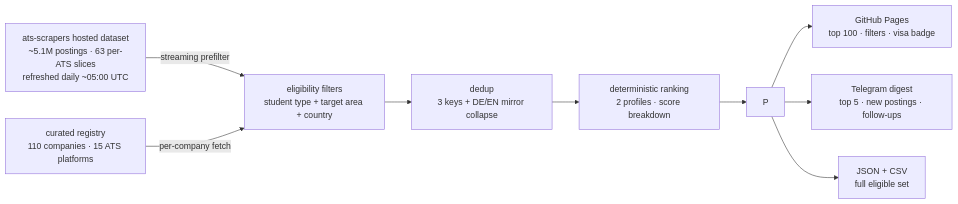
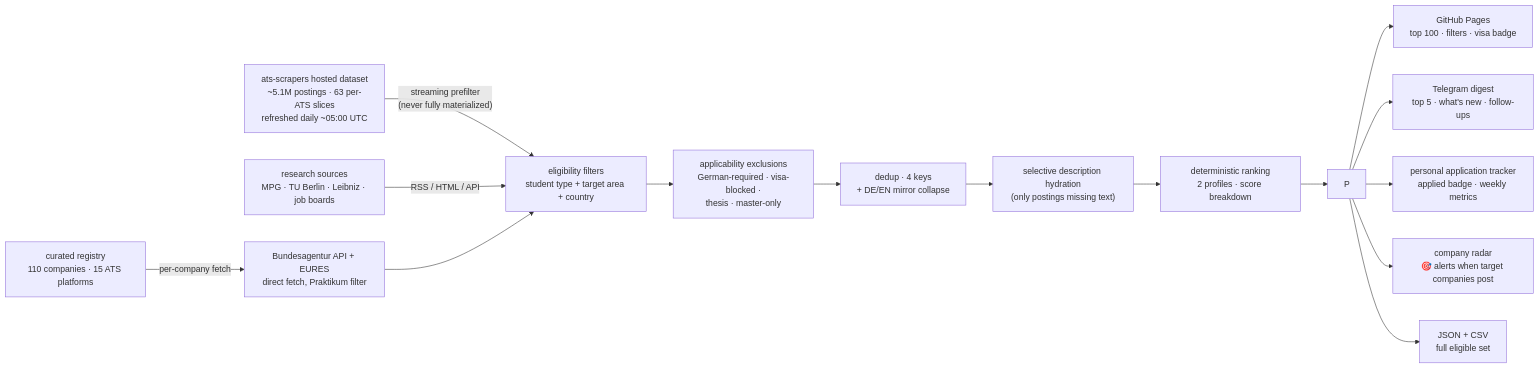
One commit to rios-vini/internship-finder changed the diagram in README.md. Above: the diagram before and after it, drawn with Mermaid. The commit also changed other lines of this file, not shown here.

Commit message:
docs: README-portfolio refresh — yesterday's real funnel (126,842→783), architecture with all stages, engineering principles, sourced numbers, disclaimer + PT-BR summary

````diff
--- a/README.md
+++ b/README.md
@@ -42,11 +57,17 @@
 ```mermaid
 flowchart LR
-    DS["ats-scrapers hosted dataset<br/>~5.1M postings · 63 per-ATS slices<br/>refreshed daily ~05:00 UTC"] -->|"streaming prefilter"| F
-    RG["curated registry<br/>110 companies · 15 ATS platforms"] -->|"per-company fetch"| F
-    F["eligibility filters<br/>student type + target area + country"] --> D
-    D["dedup<br/>3 keys + DE/EN mirror collapse"] --> R
+    DS["ats-scrapers hosted dataset<br/>~5.1M postings · 63 per-ATS slices<br/>refreshed daily ~05:00 UTC"] -->|"streaming prefilter<br/>(never fully materialized)"| F
+    RG["curated registry<br/>110 companies · 15 ATS platforms"] -->|"per-company fetch"| BA["Bundesagentur API + EURES<br/>direct fetch, Praktikum filter"]
+    RS["research sources<br/>MPG · TU Berlin · Leibniz · job boards"] -->|"RSS / HTML / API"| F
+    BA --> F
+    F["eligibility filters<br/>student type + target area + country"] --> A
+    A["applicability exclusions<br/>German-required · visa-blocked ·<br/>thesis · master-only"] --> D
+    D["dedup · 4 keys<br/>+ DE/EN mirror collapse"] --> H
+    H["selective description hydration<br/>(only postings missing text)"] --> R
     R["deterministic ranking<br/>2 profiles · score breakdown"] --> P
     P --> GH["GitHub Pages<br/>top 100 · filters · visa badge"]
-    P --> TG["Telegram digest<br/>top 5 · new postings · follow-ups"]
+    P --> TG["Telegram digest<br/>top 5 · what's new · follow-ups"]
+    P --> TR["personal application tracker<br/>applied badge · weekly metrics"]
+    P --> CO["company radar<br/>🎯 alerts when target companies post"]
     P --> JS["JSON + CSV<br/>full eligible set"]
 ```
````
